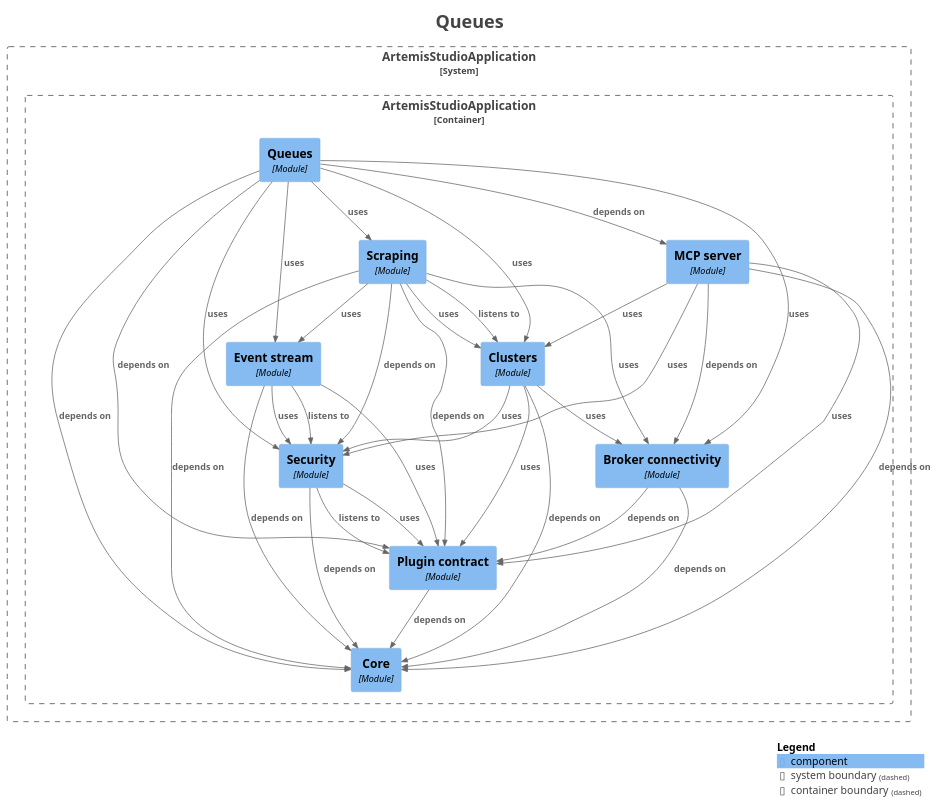
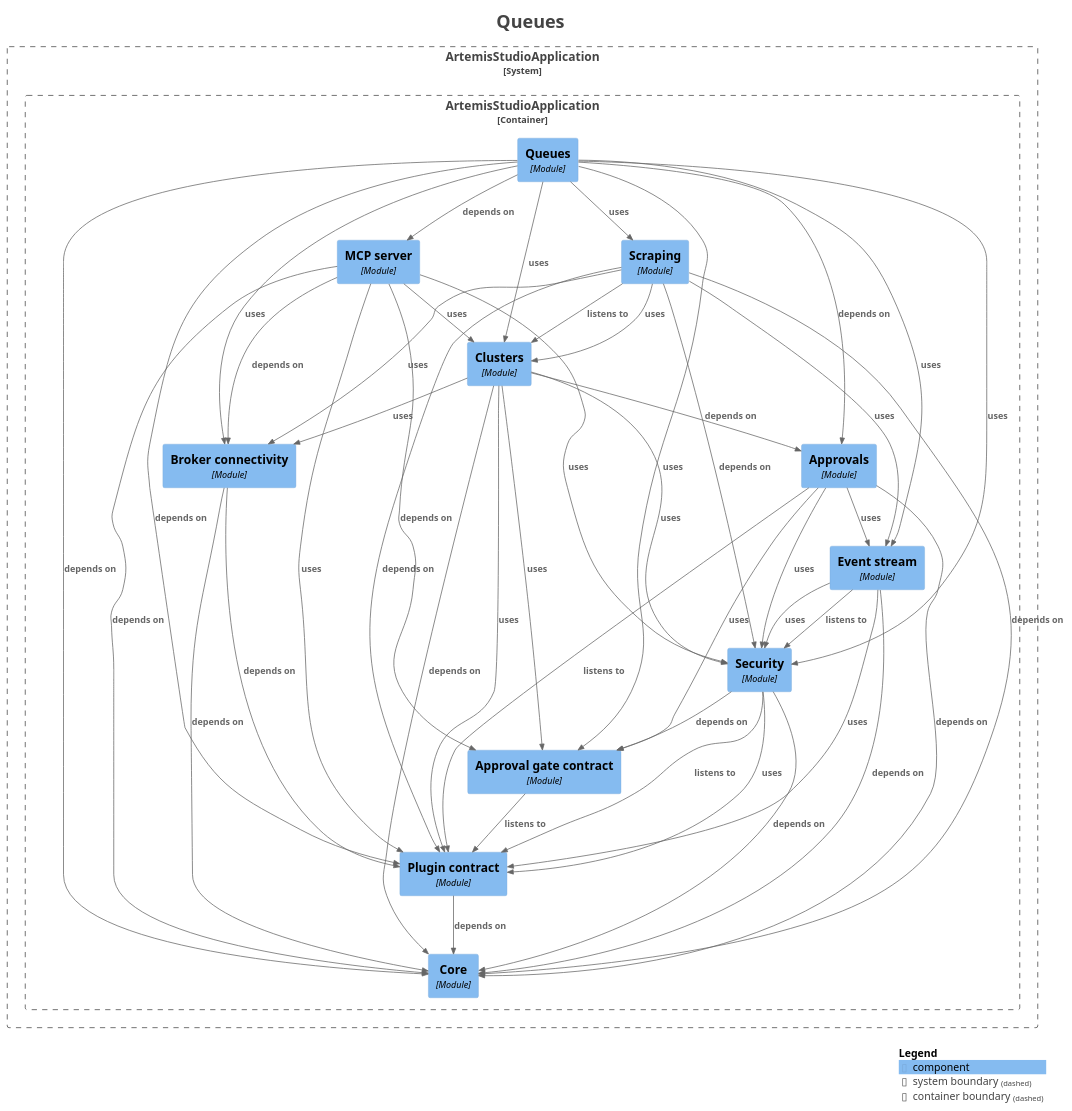
One commit to sudoitir/artemis-studio changed the diagram in docs/modules/module-feature.queues.puml. Above: the diagram before and after it, drawn with PlantUML. The commit also changed 12 other files, not shown here.

Commit message:
docs(modules): regenerate the module diagrams for the gated operations

```diff
--- a/docs/modules/module-feature.queues.puml
+++ b/docs/modules/module-feature.queues.puml
@@ -1,70 +1,84 @@
 @startuml
 title <size:24>Queues</size>
 
 set separator none
 top to bottom direction
 
 <style>
   root {
     BackgroundColor: #ffffff
     FontColor: #444444
   }
 </style>
 
 !include <C4/C4>
 !include <C4/C4_Context>
 !include <C4/C4_Component>
 
 System_Boundary("ArtemisStudioApplication_boundary", "ArtemisStudioApplication", $tags="") {
   Container_Boundary("ArtemisStudioApplication.ArtemisStudioApplication_boundary", "ArtemisStudioApplication", $tags="") {
+    Component(ArtemisStudioApplication.ArtemisStudioApplication.Approvalgatecontract, "Approval gate contract", $techn="Module", $descr="", $tags="", $link="")
+    Component(ArtemisStudioApplication.ArtemisStudioApplication.Approvals, "Approvals", $techn="Module", $descr="", $tags="", $link="")
     Component(ArtemisStudioApplication.ArtemisStudioApplication.Brokerconnectivity, "Broker connectivity", $techn="Module", $descr="", $tags="", $link="")
     Component(ArtemisStudioApplication.ArtemisStudioApplication.Clusters, "Clusters", $techn="Module", $descr="", $tags="", $link="")
     Component(ArtemisStudioApplication.ArtemisStudioApplication.Core, "Core", $techn="Module", $descr="", $tags="", $link="")
     Component(ArtemisStudioApplication.ArtemisStudioApplication.Eventstream, "Event stream", $techn="Module", $descr="", $tags="", $link="")
     Component(ArtemisStudioApplication.ArtemisStudioApplication.MCPserver, "MCP server", $techn="Module", $descr="", $tags="", $link="")
     Component(ArtemisStudioApplication.ArtemisStudioApplication.Plugincontract, "Plugin contract", $techn="Module", $descr="", $tags="", $link="")
     Component(ArtemisStudioApplication.ArtemisStudioApplication.Queues, "Queues", $techn="Module", $descr="", $tags="", $link="")
     Component(ArtemisStudioApplication.ArtemisStudioApplication.Scraping, "Scraping", $techn="Module", $descr="", $tags="", $link="")
     Component(ArtemisStudioApplication.ArtemisStudioApplication.Security, "Security", $techn="Module", $descr="", $tags="", $link="")
   }
 
 }
 
+Rel(ArtemisStudioApplication.ArtemisStudioApplication.Approvalgatecontract, ArtemisStudioApplication.ArtemisStudioApplication.Plugincontract, "listens to", $techn="", $tags="", $link="")
+Rel(ArtemisStudioApplication.ArtemisStudioApplication.Approvals, ArtemisStudioApplication.ArtemisStudioApplication.Approvalgatecontract, "uses", $techn="", $tags="", $link="")
+Rel(ArtemisStudioApplication.ArtemisStudioApplication.Approvals, ArtemisStudioApplication.ArtemisStudioApplication.Core, "depends on", $techn="", $tags="", $link="")
+Rel(ArtemisStudioApplication.ArtemisStudioApplication.Approvals, ArtemisStudioApplication.ArtemisStudioApplication.Eventstream, "uses", $techn="", $tags="", $link="")
+Rel(ArtemisStudioApplication.ArtemisStudioApplication.Approvals, ArtemisStudioApplication.ArtemisStudioApplication.Plugincontract, "listens to", $techn="", $tags="", $link="")
+Rel(ArtemisStudioApplication.ArtemisStudioApplication.Approvals, ArtemisStudioApplication.ArtemisStudioApplication.Security, "uses", $techn="", $tags="", $link="")
 Rel(ArtemisStudioApplication.ArtemisStudioApplication.Brokerconnectivity, ArtemisStudioApplication.ArtemisStudioApplication.Core, "depends on", $techn="", $tags="", $link="")
 Rel(ArtemisStudioApplication.ArtemisStudioApplication.Brokerconnectivity, ArtemisStudioApplication.ArtemisStudioApplication.Plugincontract, "depends on", $techn="", $tags="", $link="")
+Rel(ArtemisStudioApplication.ArtemisStudioApplication.Clusters, ArtemisStudioApplication.ArtemisStudioApplication.Approvalgatecontract, "uses", $techn="", $tags="", $link="")
+Rel(ArtemisStudioApplication.ArtemisStudioApplication.Clusters, ArtemisStudioApplication.ArtemisStudioApplication.Approvals, "depends on", $techn="", $tags="", $link="")
 Rel(ArtemisStudioApplication.ArtemisStudioApplication.Clusters, ArtemisStudioApplication.ArtemisStudioApplication.Brokerconnectivity, "uses", $techn="", $tags="", $link="")
 Rel(ArtemisStudioApplication.ArtemisStudioApplication.Clusters, ArtemisStudioApplication.ArtemisStudioApplication.Core, "depends on", $techn="", $tags="", $link="")
 Rel(ArtemisStudioApplication.ArtemisStudioApplication.Clusters, ArtemisStudioApplication.ArtemisStudioApplication.Plugincontract, "uses", $techn="", $tags="", $link="")
 Rel(ArtemisStudioApplication.ArtemisStudioApplication.Clusters, ArtemisStudioApplication.ArtemisStudioApplication.Security, "uses", $techn="", $tags="", $link="")
 Rel(ArtemisStudioApplication.ArtemisStudioApplication.Eventstream, ArtemisStudioApplication.ArtemisStudioApplication.Core, "depends on", $techn="", $tags="", $link="")
 Rel(ArtemisStudioApplication.ArtemisStudioApplication.Eventstream, ArtemisStudioApplication.ArtemisStudioApplication.Plugincontract, "uses", $techn="", $tags="", $link="")
 Rel(ArtemisStudioApplication.ArtemisStudioApplication.Eventstream, ArtemisStudioApplication.ArtemisStudioApplication.Security, "listens to", $techn="", $tags="", $link="")
 Rel(ArtemisStudioApplication.ArtemisStudioApplication.Eventstream, ArtemisStudioApplication.ArtemisStudioApplication.Security, "uses", $techn="", $tags="", $link="")
+Rel(ArtemisStudioApplication.ArtemisStudioApplication.MCPserver, ArtemisStudioApplication.ArtemisStudioApplication.Approvalgatecontract, "depends on", $techn="", $tags="", $link="")
 Rel(ArtemisStudioApplication.ArtemisStudioApplication.MCPserver, ArtemisStudioApplication.ArtemisStudioApplication.Brokerconnectivity, "depends on", $techn="", $tags="", $link="")
 Rel(ArtemisStudioApplication.ArtemisStudioApplication.MCPserver, ArtemisStudioApplication.ArtemisStudioApplication.Clusters, "uses", $techn="", $tags="", $link="")
 Rel(ArtemisStudioApplication.ArtemisStudioApplication.MCPserver, ArtemisStudioApplication.ArtemisStudioApplication.Core, "depends on", $techn="", $tags="", $link="")
 Rel(ArtemisStudioApplication.ArtemisStudioApplication.MCPserver, ArtemisStudioApplication.ArtemisStudioApplication.Plugincontract, "uses", $techn="", $tags="", $link="")
 Rel(ArtemisStudioApplication.ArtemisStudioApplication.MCPserver, ArtemisStudioApplication.ArtemisStudioApplication.Security, "uses", $techn="", $tags="", $link="")
 Rel(ArtemisStudioApplication.ArtemisStudioApplication.Plugincontract, ArtemisStudioApplication.ArtemisStudioApplication.Core, "depends on", $techn="", $tags="", $link="")
+Rel(ArtemisStudioApplication.ArtemisStudioApplication.Queues, ArtemisStudioApplication.ArtemisStudioApplication.Approvalgatecontract, "uses", $techn="", $tags="", $link="")
+Rel(ArtemisStudioApplication.ArtemisStudioApplication.Queues, ArtemisStudioApplication.ArtemisStudioApplication.Approvals, "depends on", $techn="", $tags="", $link="")
 Rel(ArtemisStudioApplication.ArtemisStudioApplication.Queues, ArtemisStudioApplication.ArtemisStudioApplication.Brokerconnectivity, "uses", $techn="", $tags="", $link="")
 Rel(ArtemisStudioApplication.ArtemisStudioApplication.Queues, ArtemisStudioApplication.ArtemisStudioApplication.Clusters, "uses", $techn="", $tags="", $link="")
 Rel(ArtemisStudioApplication.ArtemisStudioApplication.Queues, ArtemisStudioApplication.ArtemisStudioApplication.Core, "depends on", $techn="", $tags="", $link="")
 Rel(ArtemisStudioApplication.ArtemisStudioApplication.Queues, ArtemisStudioApplication.ArtemisStudioApplication.Eventstream, "uses", $techn="", $tags="", $link="")
 Rel(ArtemisStudioApplication.ArtemisStudioApplication.Queues, ArtemisStudioApplication.ArtemisStudioApplication.MCPserver, "depends on", $techn="", $tags="", $link="")
 Rel(ArtemisStudioApplication.ArtemisStudioApplication.Queues, ArtemisStudioApplication.ArtemisStudioApplication.Plugincontract, "depends on", $techn="", $tags="", $link="")
 Rel(ArtemisStudioApplication.ArtemisStudioApplication.Queues, ArtemisStudioApplication.ArtemisStudioApplication.Scraping, "uses", $techn="", $tags="", $link="")
 Rel(ArtemisStudioApplication.ArtemisStudioApplication.Queues, ArtemisStudioApplication.ArtemisStudioApplication.Security, "uses", $techn="", $tags="", $link="")
 Rel(ArtemisStudioApplication.ArtemisStudioApplication.Scraping, ArtemisStudioApplication.ArtemisStudioApplication.Brokerconnectivity, "uses", $techn="", $tags="", $link="")
 Rel(ArtemisStudioApplication.ArtemisStudioApplication.Scraping, ArtemisStudioApplication.ArtemisStudioApplication.Clusters, "listens to", $techn="", $tags="", $link="")
 Rel(ArtemisStudioApplication.ArtemisStudioApplication.Scraping, ArtemisStudioApplication.ArtemisStudioApplication.Clusters, "uses", $techn="", $tags="", $link="")
 Rel(ArtemisStudioApplication.ArtemisStudioApplication.Scraping, ArtemisStudioApplication.ArtemisStudioApplication.Core, "depends on", $techn="", $tags="", $link="")
 Rel(ArtemisStudioApplication.ArtemisStudioApplication.Scraping, ArtemisStudioApplication.ArtemisStudioApplication.Eventstream, "uses", $techn="", $tags="", $link="")
 Rel(ArtemisStudioApplication.ArtemisStudioApplication.Scraping, ArtemisStudioApplication.ArtemisStudioApplication.Plugincontract, "depends on", $techn="", $tags="", $link="")
 Rel(ArtemisStudioApplication.ArtemisStudioApplication.Scraping, ArtemisStudioApplication.ArtemisStudioApplication.Security, "depends on", $techn="", $tags="", $link="")
+Rel(ArtemisStudioApplication.ArtemisStudioApplication.Security, ArtemisStudioApplication.ArtemisStudioApplication.Approvalgatecontract, "depends on", $techn="", $tags="", $link="")
 Rel(ArtemisStudioApplication.ArtemisStudioApplication.Security, ArtemisStudioApplication.ArtemisStudioApplication.Core, "depends on", $techn="", $tags="", $link="")
 Rel(ArtemisStudioApplication.ArtemisStudioApplication.Security, ArtemisStudioApplication.ArtemisStudioApplication.Plugincontract, "listens to", $techn="", $tags="", $link="")
 Rel(ArtemisStudioApplication.ArtemisStudioApplication.Security, ArtemisStudioApplication.ArtemisStudioApplication.Plugincontract, "uses", $techn="", $tags="", $link="")
 
 SHOW_LEGEND(true)
 hide stereotypes
 @enduml
```
